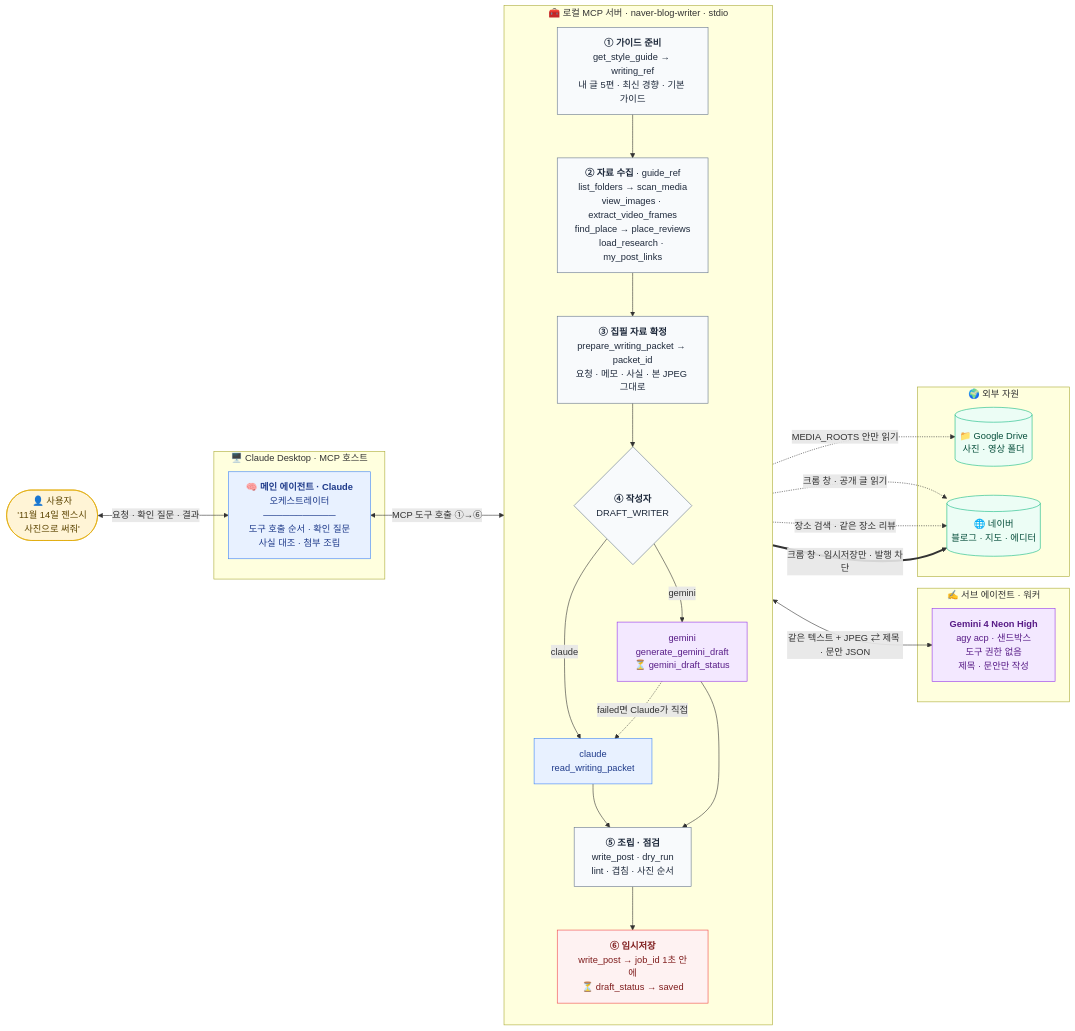
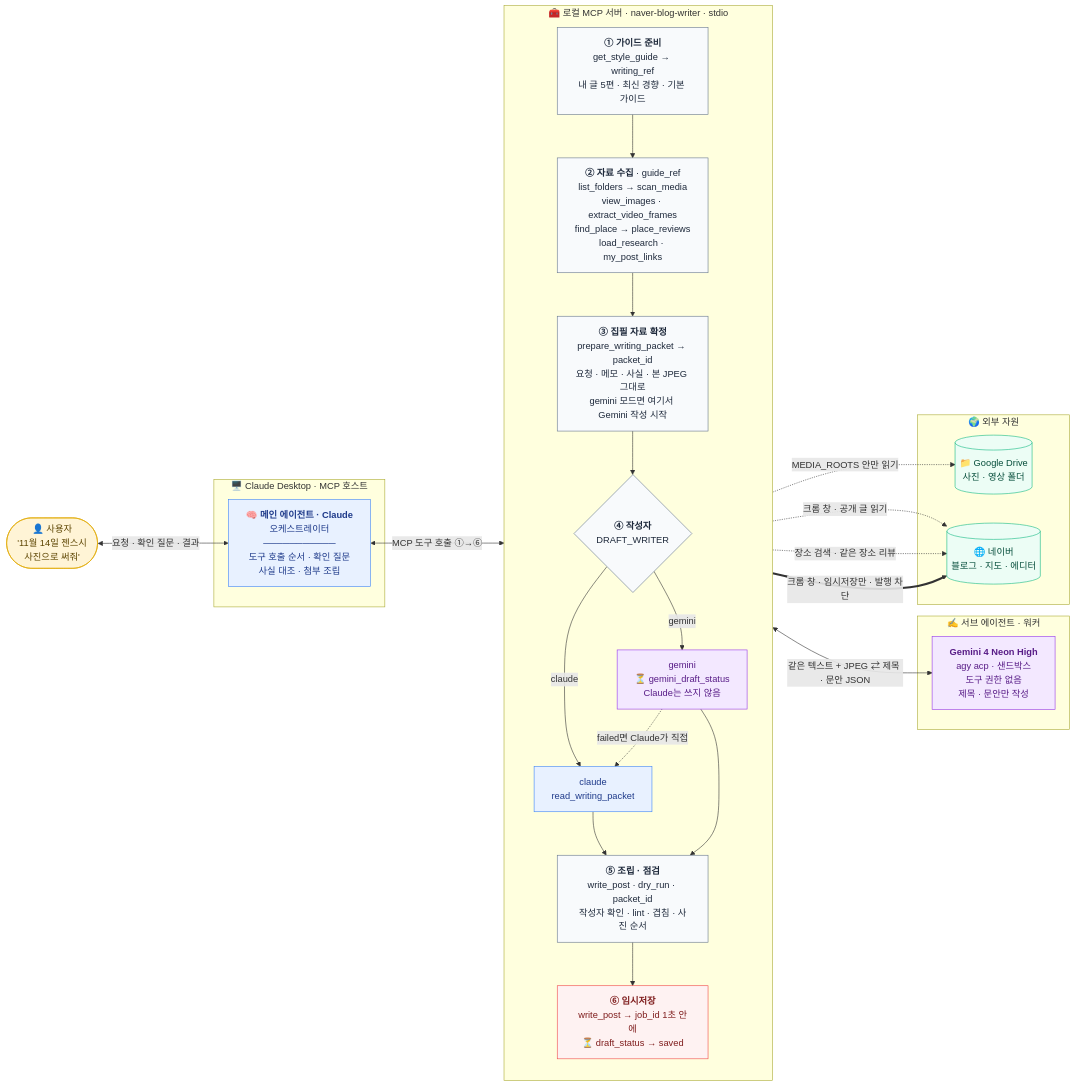
The diagram in README.md (yoonwanggyu/naverblog-mcp), drawn with Mermaid before and after one commit. The commit also changed other lines of this file and 12 other files, not shown here.

````diff
--- a/README.md
+++ b/README.md
@@ -29,55 +29,55 @@
 ```mermaid
 flowchart LR
     U(["👤 사용자<br/>'11월 14일 젠스시<br/>사진으로 써줘'"])
 
     subgraph HOST["🖥️ Claude Desktop · MCP 호스트"]
         CL["🧠 <b>메인 에이전트 · Claude</b><br/>오케스트레이터<br/>───────────<br/>도구 호출 순서 · 확인 질문<br/>사실 대조 · 첨부 조립"]
     end
 
     subgraph SRV["🧰 로컬 MCP 서버 · naver-blog-writer · stdio"]
         direction TB
         S1["<b>① 가이드 준비</b><br/>get_style_guide → writing_ref<br/>내 글 5편 · 최신 경향 · 기본 가이드"]
         S2["<b>② 자료 수집</b> · guide_ref<br/>list_folders → scan_media<br/>view_images · extract_video_frames<br/>find_place → place_reviews<br/>load_research · my_post_links"]
-        S3["<b>③ 집필 자료 확정</b><br/>prepare_writing_packet → packet_id<br/>요청 · 메모 · 사실 · 본 JPEG 그대로"]
+        S3["<b>③ 집필 자료 확정</b><br/>prepare_writing_packet → packet_id<br/>요청 · 메모 · 사실 · 본 JPEG 그대로<br/>gemini 모드면 여기서 Gemini 작성 시작"]
         S4{"<b>④ 작성자</b><br/>DRAFT_WRITER"}
         S4A["claude<br/>read_writing_packet"]
-        S4B["gemini<br/>generate_gemini_draft<br/>⏳ gemini_draft_status"]
-        S5["<b>⑤ 조립 · 점검</b><br/>write_post · dry_run<br/>lint · 겹침 · 사진 순서"]
+        S4B["gemini<br/>⏳ gemini_draft_status<br/>Claude는 쓰지 않음"]
+        S5["<b>⑤ 조립 · 점검</b><br/>write_post · dry_run · packet_id<br/>작성자 확인 · lint · 겹침 · 사진 순서"]
         S6["<b>⑥ 임시저장</b><br/>write_post → job_id 1초 안에<br/>⏳ draft_status → saved"]
         S1 --> S2 --> S3 --> S4
         S4 -->|claude| S4A --> S5
         S4 -->|gemini| S4B --> S5
         S4B -.->|"failed면 Claude가 직접"| S4A
         S5 --> S6
     end
 
     subgraph WORKER["✍️ 서브 에이전트 · 워커"]
         GM["<b>Gemini 4 Neon High</b><br/>agy acp · 샌드박스<br/>도구 권한 없음<br/>제목 · 문안만 작성"]
     end
 
     subgraph EXT["🌍 외부 자원"]
         DRV[("📁 Google Drive<br/>사진 · 영상 폴더")]
         NV[("🌐 네이버<br/>블로그 · 지도 · 에디터")]
     end
 
     U <-->|"요청 · 확인 질문 · 결과"| CL
     CL <-->|"MCP 도구 호출 ①→⑥"| SRV
     S2 -.->|"MEDIA_ROOTS 안만 읽기"| DRV
     S1 -.->|"크롬 창 · 공개 글 읽기"| NV
     S2 -.->|"장소 검색 · 같은 장소 리뷰"| NV
     S4B <-->|"같은 텍스트 + JPEG ⇄ 제목 · 문안 JSON"| GM
     S6 ==>|"크롬 창 · 임시저장만 · 발행 차단"| NV
 
     classDef user fill:#FFF4D6,stroke:#E0A800,color:#5C4400
     classDef claude fill:#E8F1FF,stroke:#3B82F6,color:#1E3A8A
     classDef gemini fill:#F3E8FF,stroke:#9333EA,color:#581C87
     classDef step fill:#F8FAFC,stroke:#64748B,color:#1E293B
     classDef job fill:#FEF2F2,stroke:#EF4444,color:#7F1D1D
     classDef ext fill:#ECFDF5,stroke:#10B981,color:#064E3B
     class U user
     class CL,S4A claude
     class GM,S4B gemini
     class S1,S2,S3,S4,S5 step
     class S6 job
     class DRV,NV ext
 ```
````
